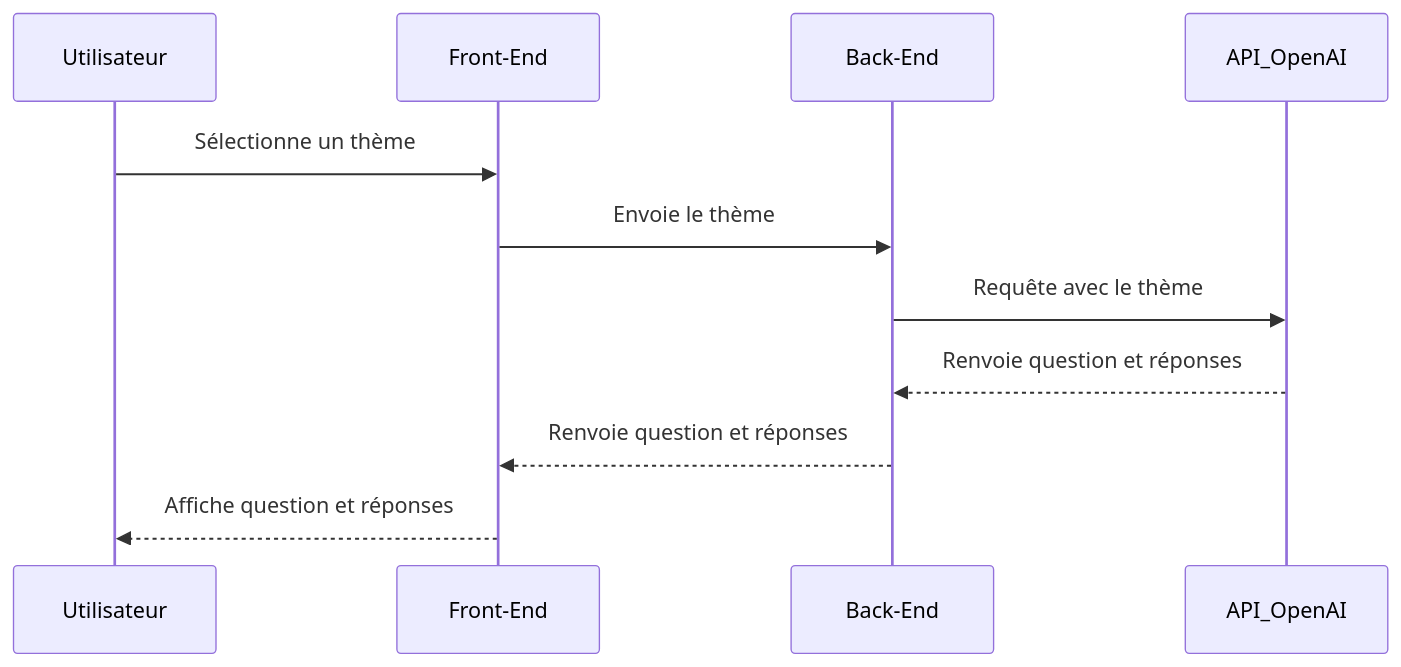
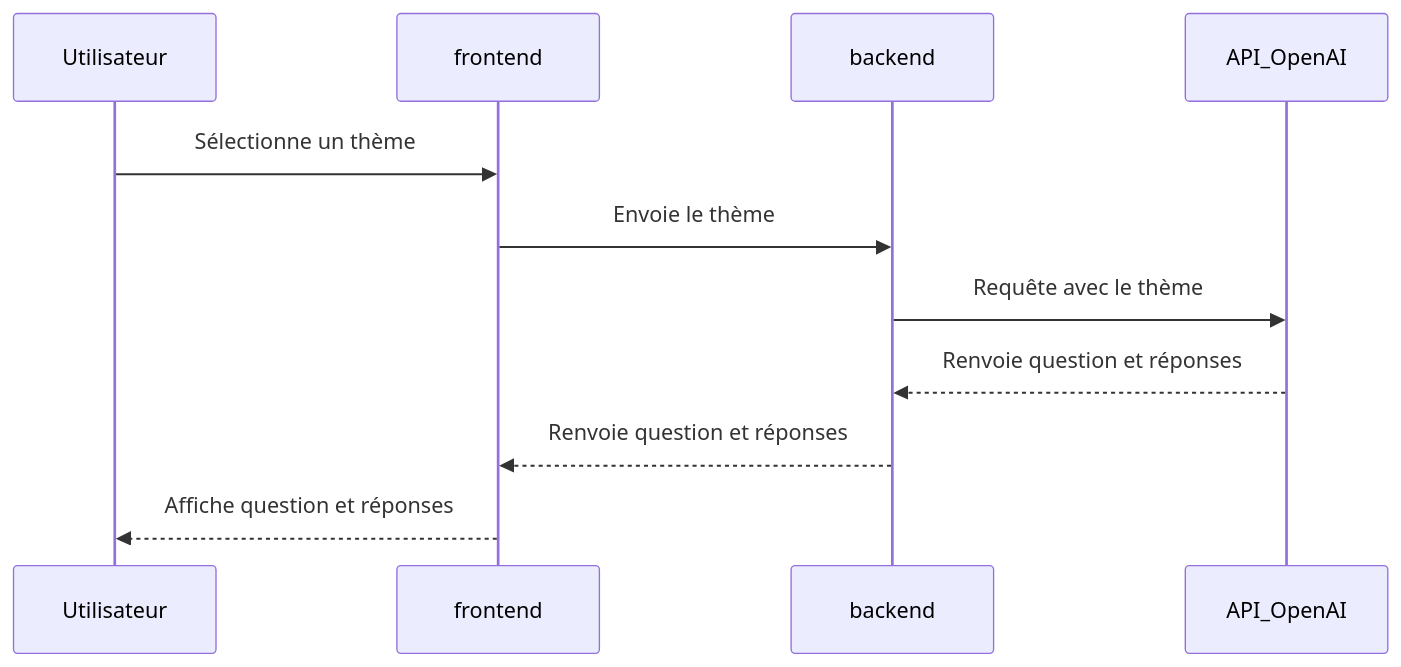
The first of 2 diagrams in README.md (Nairod36/ReScript-Project), drawn with Mermaid before and after one commit. The commit also changed other lines of this file, not shown here.

````diff
--- a/README.md
+++ b/README.md
@@ -1,15 +26,14 @@
 ```mermaid
 sequenceDiagram
     participant Utilisateur
-    participant Front-End
-    participant Back-End
+    participant frontend
+    participant backend
     participant API_OpenAI
 
-    Utilisateur->>Front-End: Sélectionne un thème
-    Front-End->>Back-End: Envoie le thème
-    Back-End->>API_OpenAI: Requête avec le thème
-    API_OpenAI-->>Back-End: Renvoie question et réponses
-    Back-End-->>Front-End: Renvoie question et réponses
-    Front-End-->>Utilisateur: Affiche question et réponses
-
+    Utilisateur->>frontend: Sélectionne un thème
+    frontend->>backend: Envoie le thème
+    backend->>API_OpenAI: Requête avec le thème
+    API_OpenAI-->>backend: Renvoie question et réponses
+    backend-->>frontend: Renvoie question et réponses
+    frontend-->>Utilisateur: Affiche question et réponses
 ```
````
